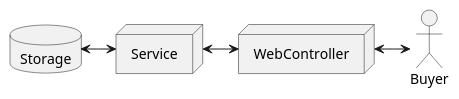
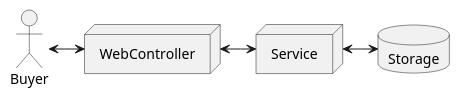
The diagram in src/main/resources/arch.puml (bladewheels/GildedRoseAPI), drawn with PlantUML before and after one commit.

Commit message:
Reverse directions in sample raw PlantUML file.

```diff
--- a/src/main/resources/arch.puml
+++ b/src/main/resources/arch.puml
@@ -1,10 +1,10 @@
 @startuml component
 actor Buyer
 node Service
 node WebController
 database Storage
 
-Storage <-> Service
-Service <-> WebController
-WebController <-> Buyer
+Buyer <-> WebController
+WebController <-> Service
+Service <-> Storage
 @enduml
```
